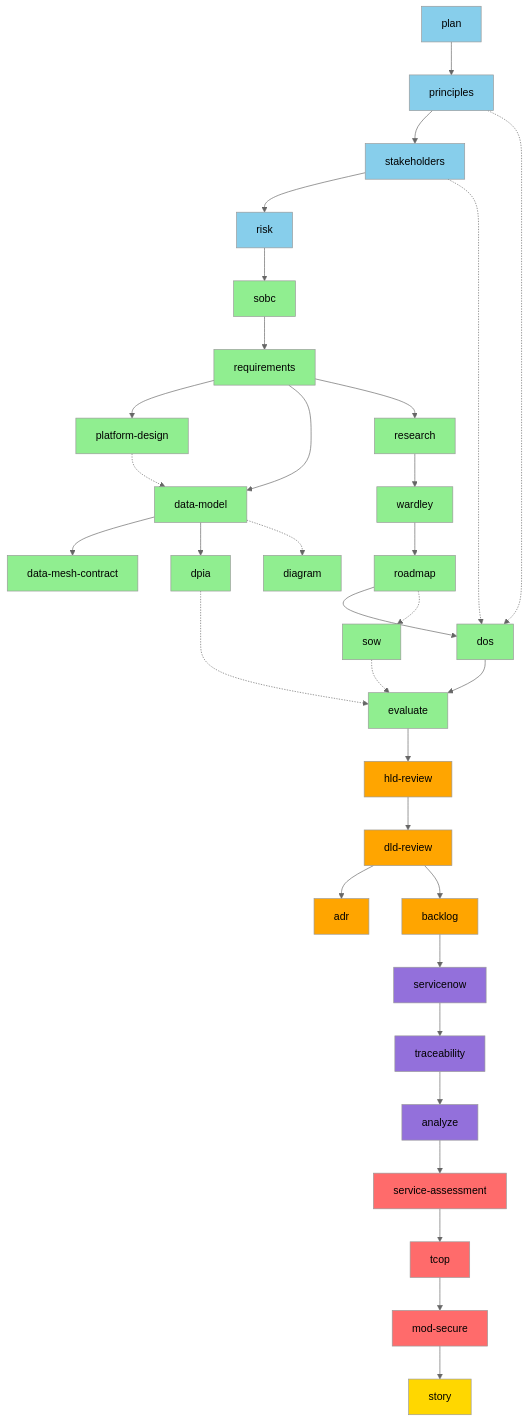
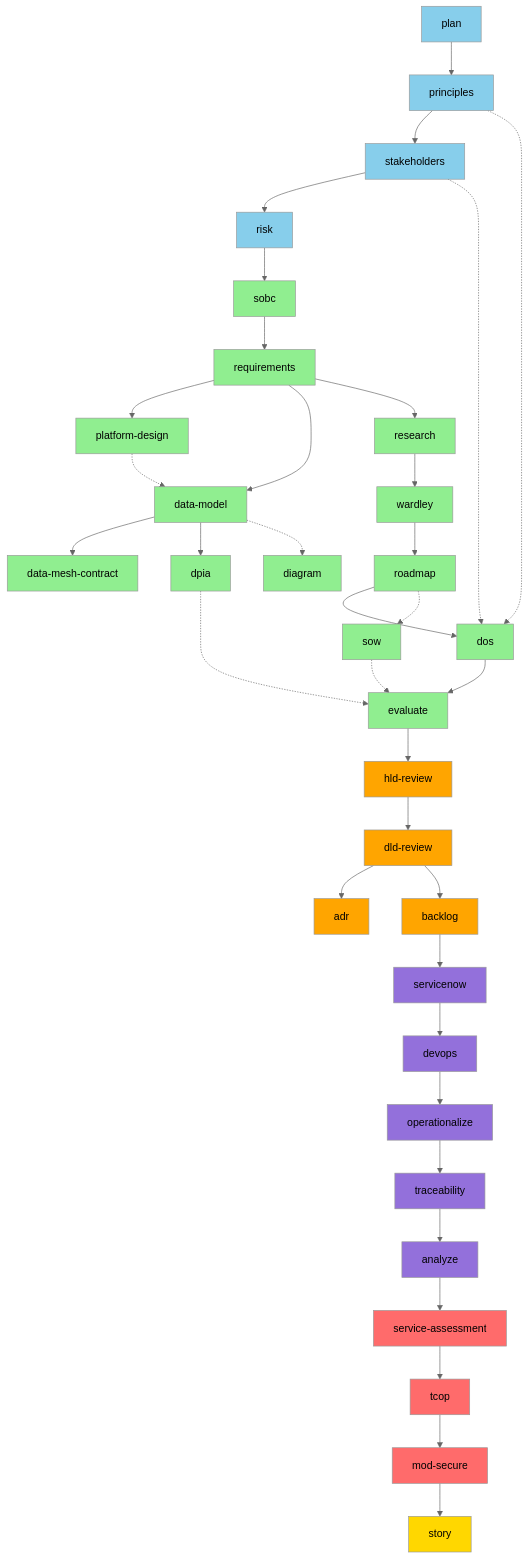
Before and after one commit to tractorjuice/arc-kit: the fourth of 9 diagrams in WORKFLOW-DIAGRAMS.md, drawn with Mermaid (neutral theme). The commit also changed other lines of this file and 17 other files, not shown here.

First line of the commit message:
feat: add devops, mlops, and operationalize commands

```diff
--- a/WORKFLOW-DIAGRAMS.md
+++ b/WORKFLOW-DIAGRAMS.md
@@ -330,7 +344,9 @@
 
     %% Tier 8-9: Operations & Quality
     T --> V[servicenow]
-    V --> W[traceability]
+    V --> V1[devops]
+    V1 --> V2[operationalize]
+    V2 --> W[traceability]
     W --> X[analyze]
 
     %% Tier 10: MOD Compliance
@@ -363,6 +379,8 @@
     style T fill:#FFA500
     style U fill:#90EE90
     style V fill:#9370DB
+    style V1 fill:#9370DB
+    style V2 fill:#9370DB
     style W fill:#9370DB
     style X fill:#9370DB
     style Y fill:#FF6B6B
```
